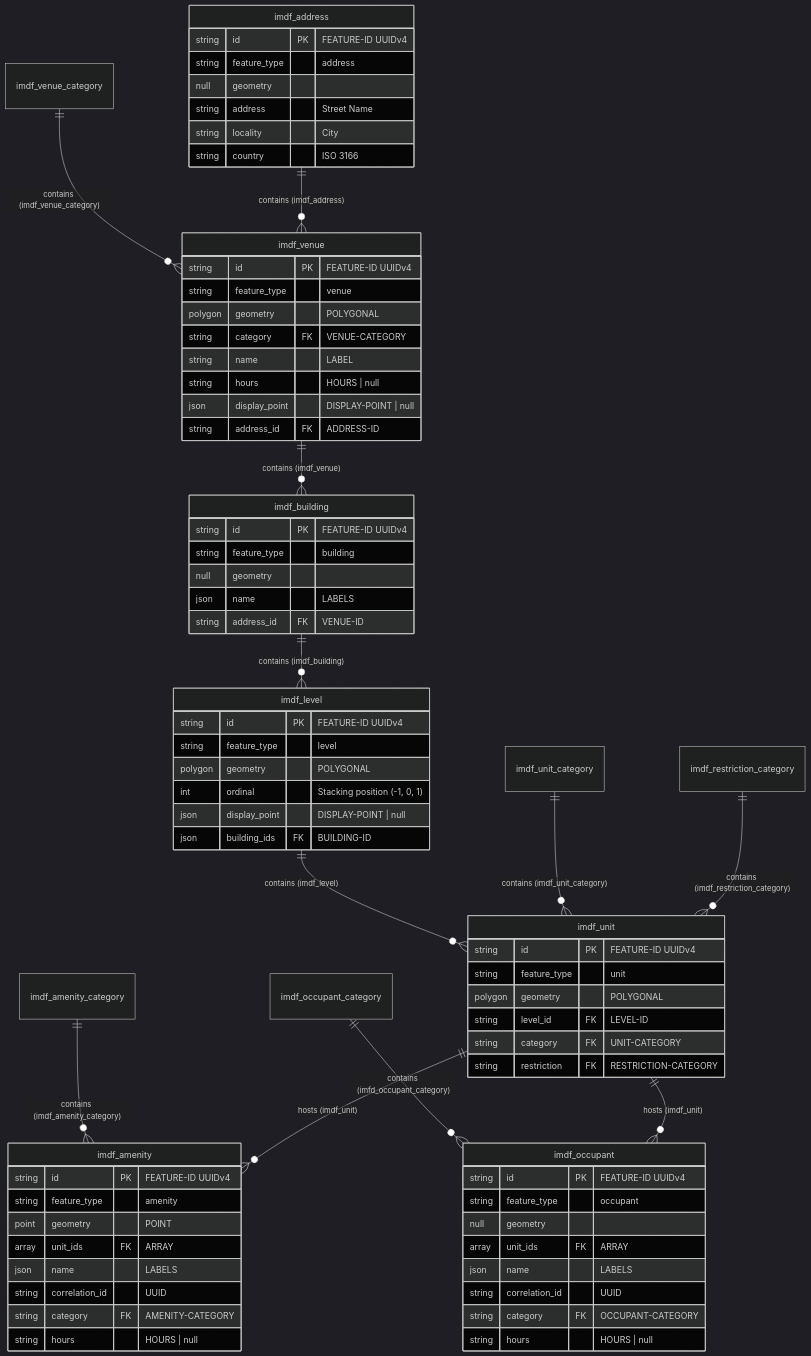
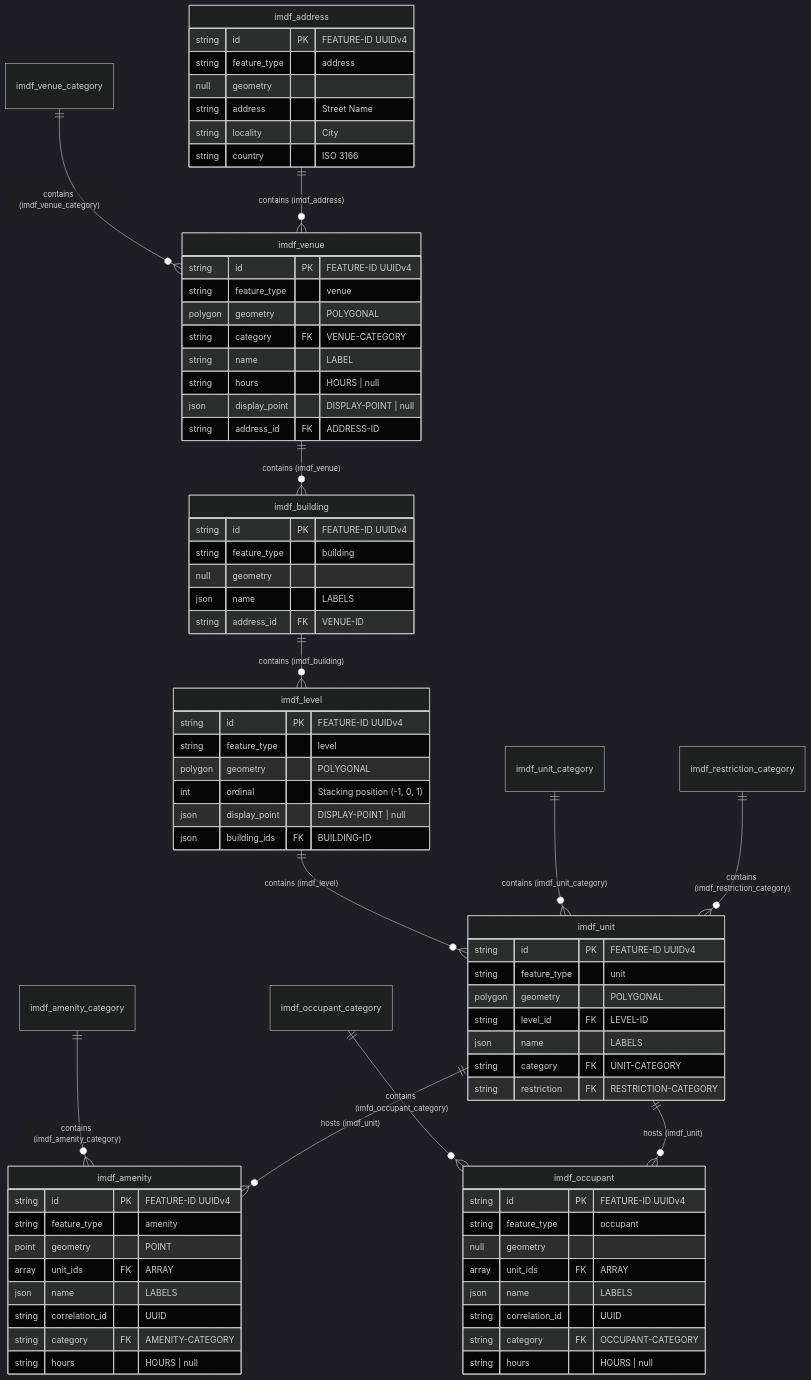
One commit to Wayfindr10/documentation changed the diagram in database/indoor_spatial_semantics_er.md. Above: the diagram before and after it, drawn with Mermaid (dark theme).

Commit message:
Add 'name' field as JSON to indoor spatial semantics

```diff
--- a/database/indoor_spatial_semantics_er.md
+++ b/database/indoor_spatial_semantics_er.md
@@ -74,6 +74,7 @@
         string feature_type "unit"
         polygon geometry "POLYGONAL"
         string level_id FK "LEVEL-ID"
+        json name "LABELS"
         string category FK "UNIT-CATEGORY"
         string restriction FK "RESTRICTION-CATEGORY"
     }
```
